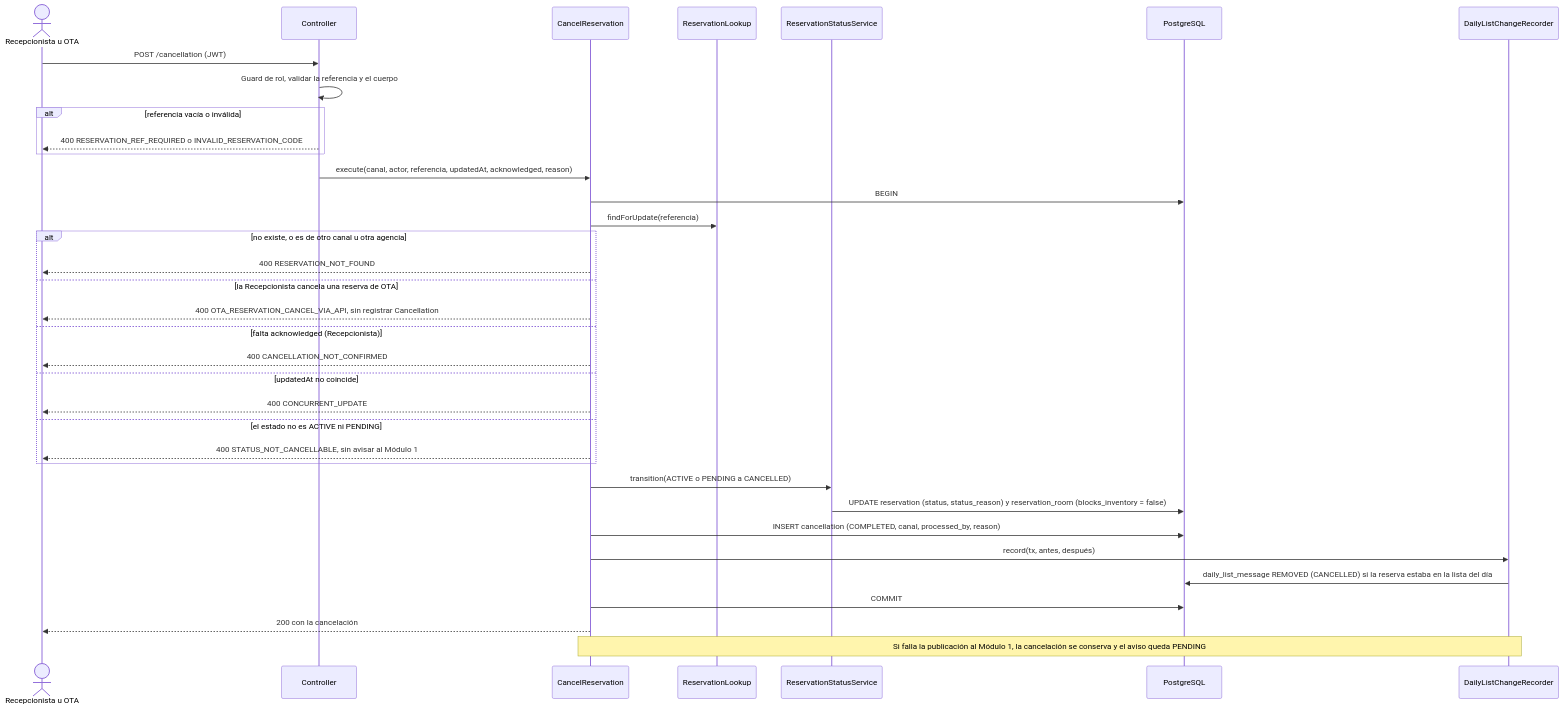
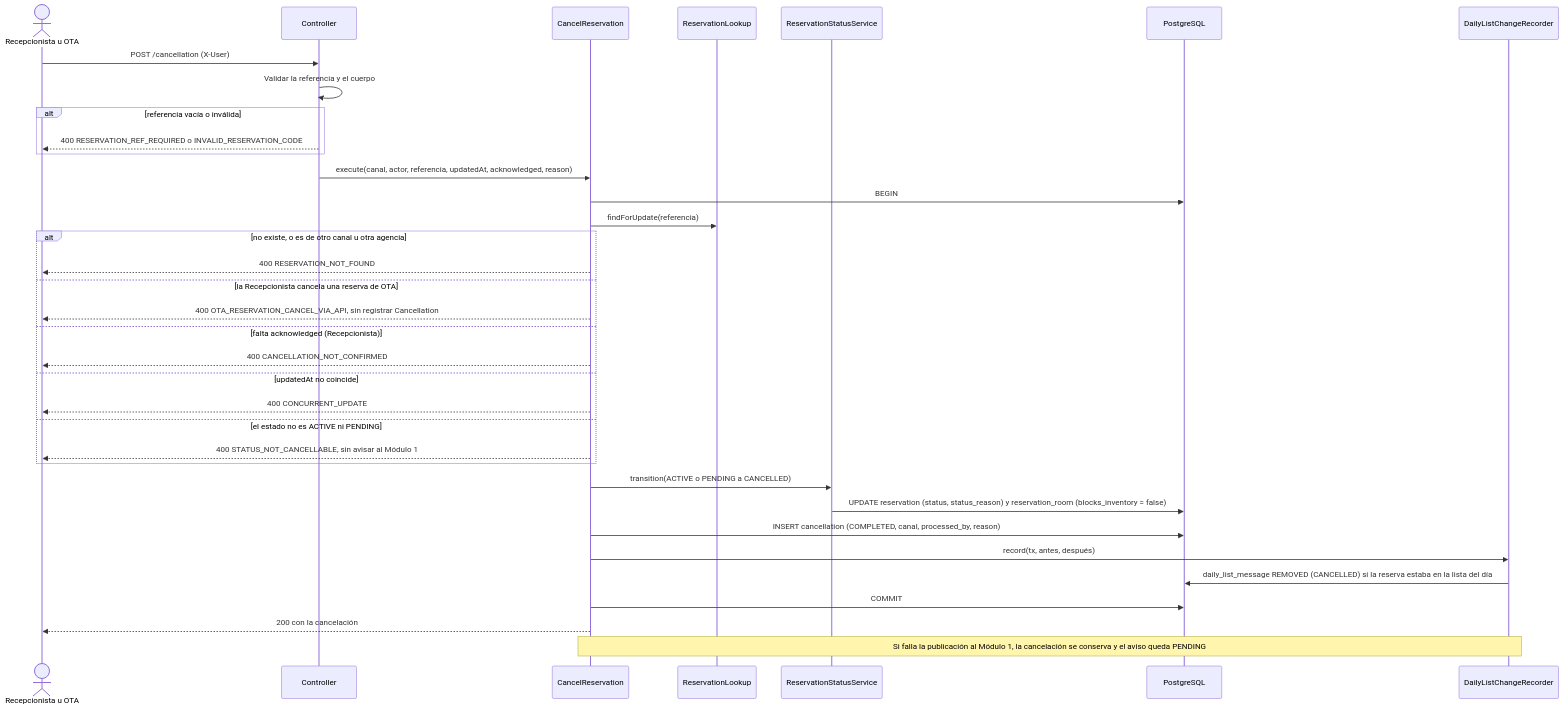
Before and after one commit to Lapicero312-lapi/HOSPITUA-MOD-2: the first of 2 diagrams in specs/cancel-reservation/plan.md, drawn with Mermaid. The commit also changed other lines of this file and 16 other files, not shown here.

````diff
--- a/specs/cancel-reservation/plan.md
+++ b/specs/cancel-reservation/plan.md
@@ -165,38 +167,38 @@
 ```mermaid
 sequenceDiagram
     actor S as Recepcionista u OTA
     participant C as Controller
     participant U as CancelReservation
     participant L as ReservationLookup
     participant ST as ReservationStatusService
     participant DB as PostgreSQL
     participant R as DailyListChangeRecorder
 
-    S->>C: POST /cancellation (JWT)
-    C->>C: Guard de rol, validar la referencia y el cuerpo
+    S->>C: POST /cancellation (X-User)
+    C->>C: Validar la referencia y el cuerpo
     alt referencia vacía o inválida
         C-->>S: 400 RESERVATION_REF_REQUIRED o INVALID_RESERVATION_CODE
     end
     C->>U: execute(canal, actor, referencia, updatedAt, acknowledged, reason)
     U->>DB: BEGIN
     U->>L: findForUpdate(referencia)
     alt no existe, o es de otro canal u otra agencia
         U-->>S: 400 RESERVATION_NOT_FOUND
     else la Recepcionista cancela una reserva de OTA
         U-->>S: 400 OTA_RESERVATION_CANCEL_VIA_API, sin registrar Cancellation
     else falta acknowledged (Recepcionista)
         U-->>S: 400 CANCELLATION_NOT_CONFIRMED
     else updatedAt no coincide
         U-->>S: 400 CONCURRENT_UPDATE
     else el estado no es ACTIVE ni PENDING
         U-->>S: 400 STATUS_NOT_CANCELLABLE, sin avisar al Módulo 1
     end
     U->>ST: transition(ACTIVE o PENDING a CANCELLED)
     ST->>DB: UPDATE reservation (status, status_reason) y reservation_room (blocks_inventory = false)
     U->>DB: INSERT cancellation (COMPLETED, canal, processed_by, reason)
     U->>R: record(tx, antes, después)
     R->>DB: daily_list_message REMOVED (CANCELLED) si la reserva estaba en la lista del día
     U->>DB: COMMIT
     U-->>S: 200 con la cancelación
     Note over U,R: Si falla la publicación al Módulo 1, la cancelación se conserva y el aviso queda PENDING
 ```
````
